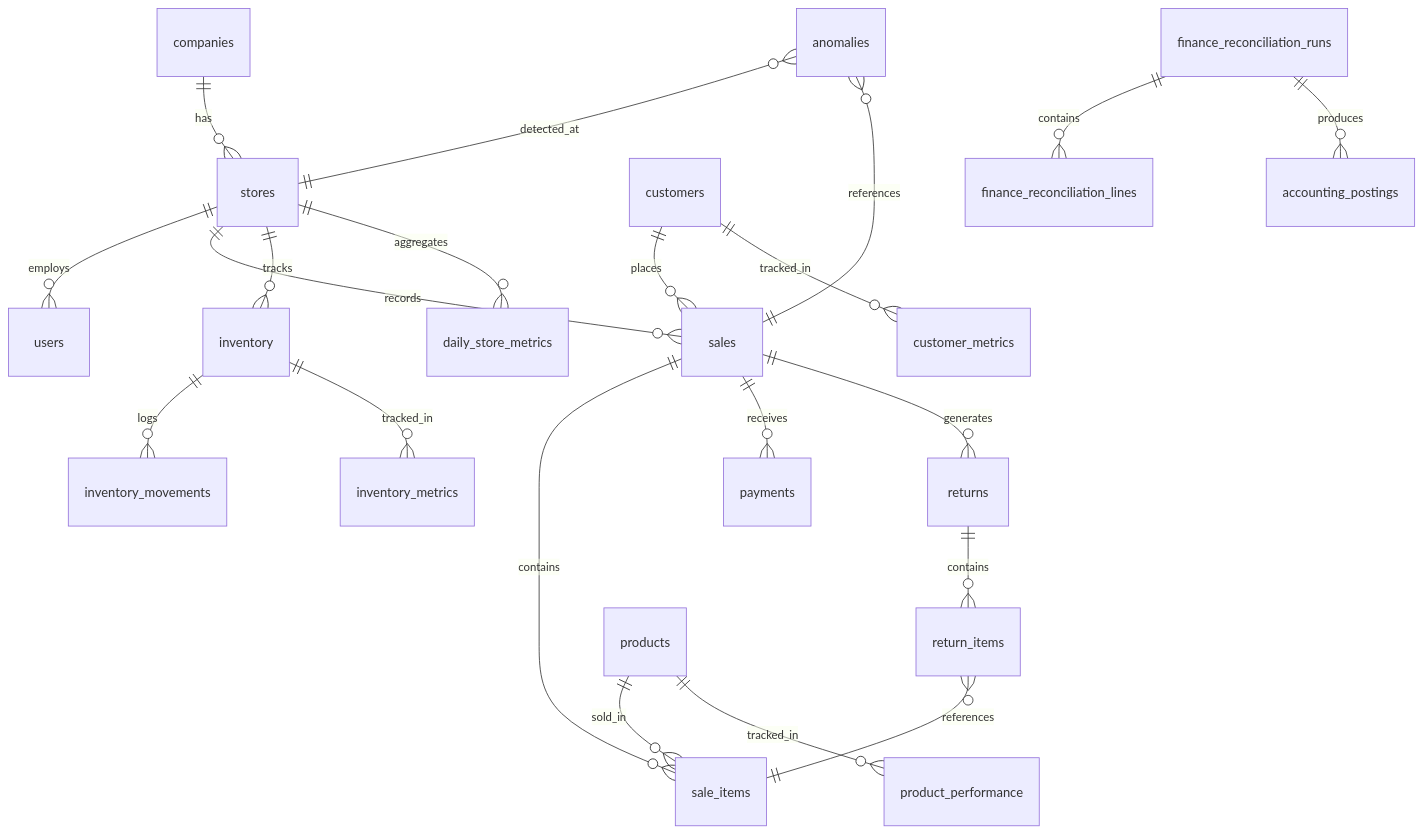
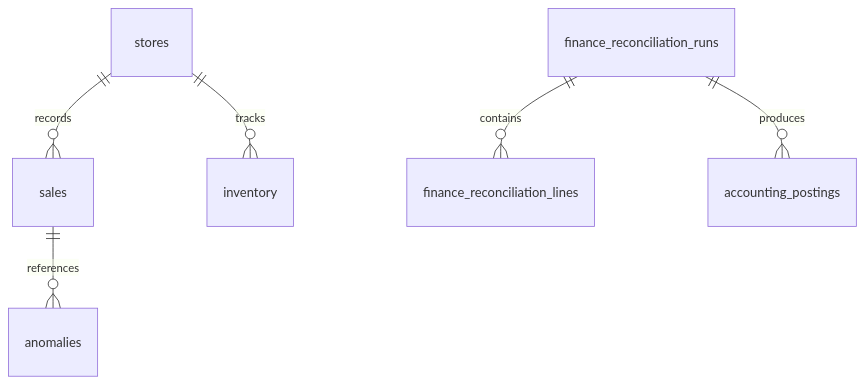
One commit to OjusGupta/Finsight changed the second of 2 diagrams in README.md. Above: the diagram before and after it, drawn with Mermaid. The commit also changed other lines of this file, not shown here.

````diff
--- a/README.md
+++ b/README.md
@@ -351,23 +93,8 @@
 ```mermaid
 erDiagram
-    companies ||--o{ stores : has
-    stores ||--o{ users : employs
     stores ||--o{ sales : records
     stores ||--o{ inventory : tracks
-    stores ||--o{ daily_store_metrics : aggregates
-    sales ||--o{ sale_items : contains
-    sales ||--o{ payments : receives
-    sales ||--o{ returns : generates
-    returns ||--o{ return_items : contains
-    return_items }o--|| sale_items : references
-    products ||--o{ sale_items : sold_in
-    products ||--o{ product_performance : tracked_in
-    customers ||--o{ sales : places
-    customers ||--o{ customer_metrics : tracked_in
-    inventory ||--o{ inventory_movements : logs
-    inventory ||--o{ inventory_metrics : tracked_in
+    sales ||--o{ anomalies : references
     finance_reconciliation_runs ||--o{ finance_reconciliation_lines : contains
     finance_reconciliation_runs ||--o{ accounting_postings : produces
-    anomalies }o--|| stores : detected_at
-    anomalies }o--|| sales : references
 ```
````
